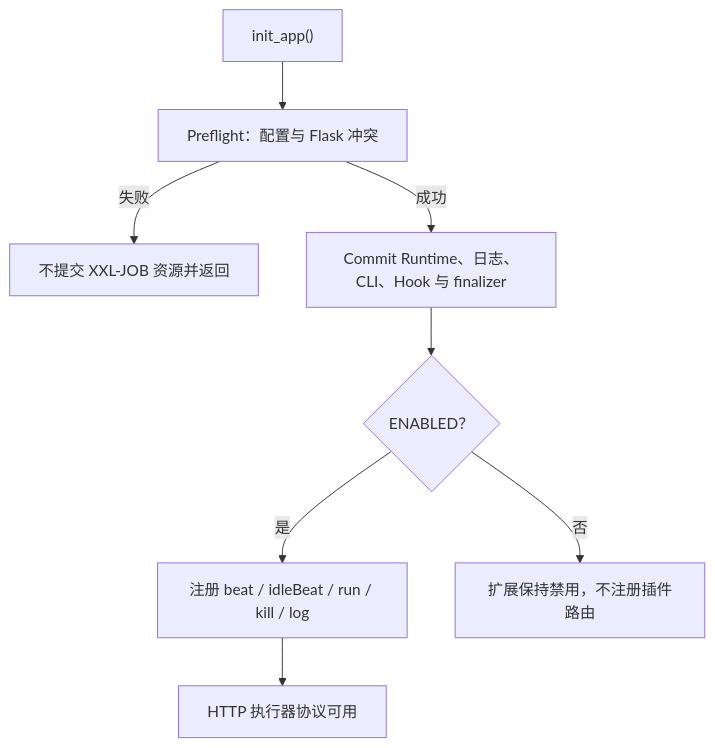
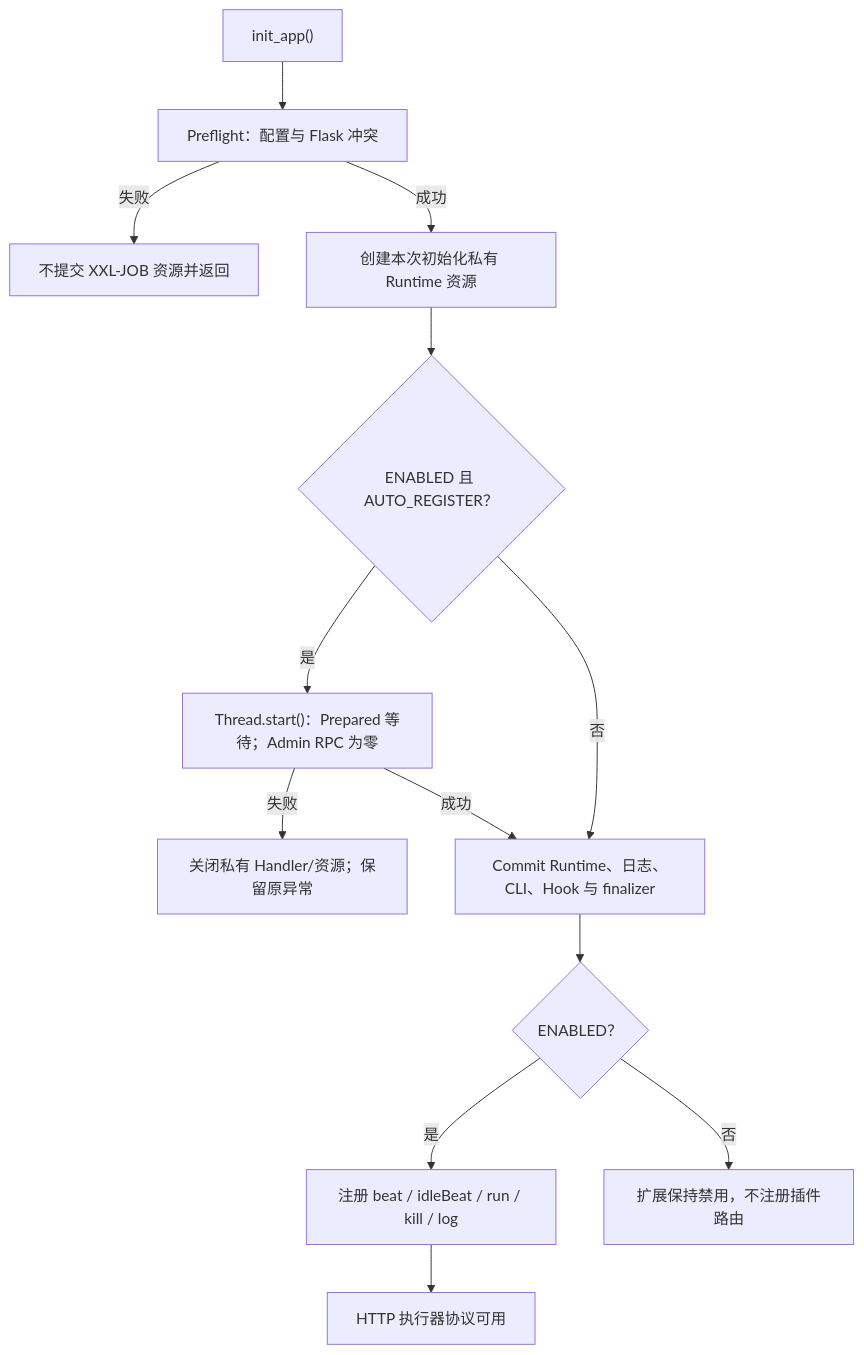
One commit to pumpkin-nbc/Flask-XXLJob changed the first of 4 diagrams in docs/deployment.zh-CN.md. Above: the diagram before and after it, drawn with Mermaid. The commit also changed other lines of this file and 14 other files, not shown here.

````diff
--- a/docs/deployment.zh-CN.md
+++ b/docs/deployment.zh-CN.md
@@ -10,10 +10,15 @@
 ```mermaid
 flowchart TD
     A["init_app()"] --> B["Preflight：配置与 Flask 冲突"]
     B -->|"失败"| C["不提交 XXL-JOB 资源并返回"]
-    B -->|"成功"| D["Commit Runtime、日志、CLI、Hook 与 finalizer"]
+    B -->|"成功"| P["创建本次初始化私有 Runtime 资源"]
+    P --> Q{"ENABLED 且 AUTO_REGISTER？"}
+    Q -->|"是"| R["Thread.start()：Prepared 等待；Admin RPC 为零"]
+    R -->|"失败"| S["关闭私有 Handler/资源；保留原异常"]
+    R -->|"成功"| D["Commit Runtime、日志、CLI、Hook 与 finalizer"]
+    Q -->|"否"| D
     D --> E{"ENABLED？"}
     E -->|"是"| F["注册 beat / idleBeat / run / kill / log"]
     F --> G["HTTP 执行器协议可用"]
     E -->|"否"| H["扩展保持禁用，不注册插件路由"]
 ```
````
